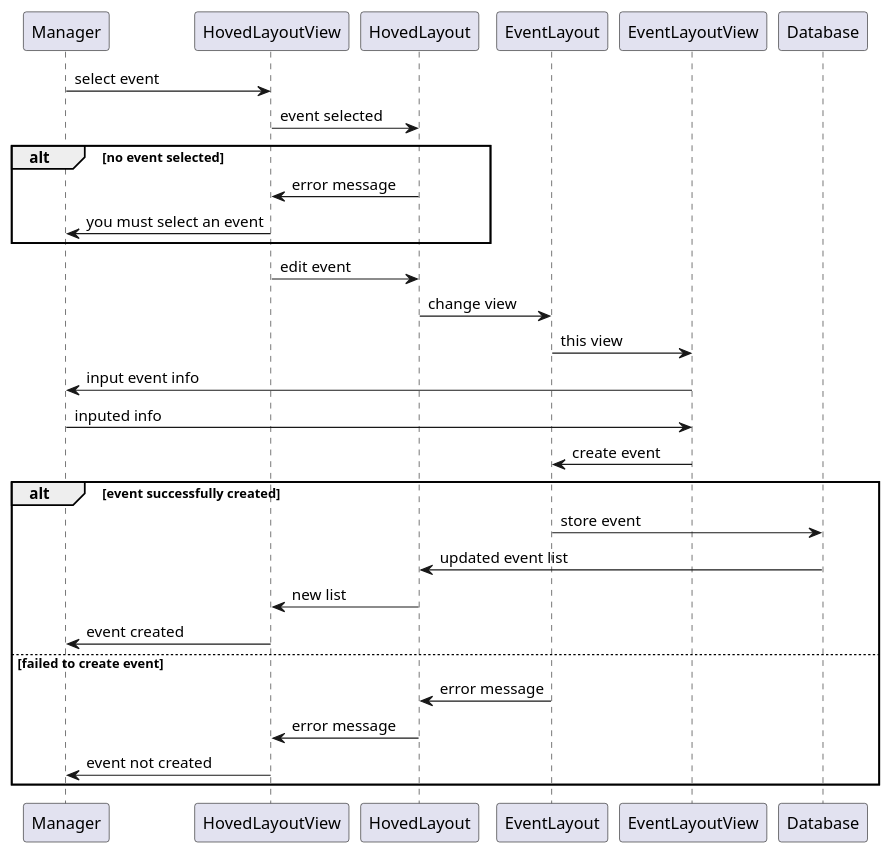
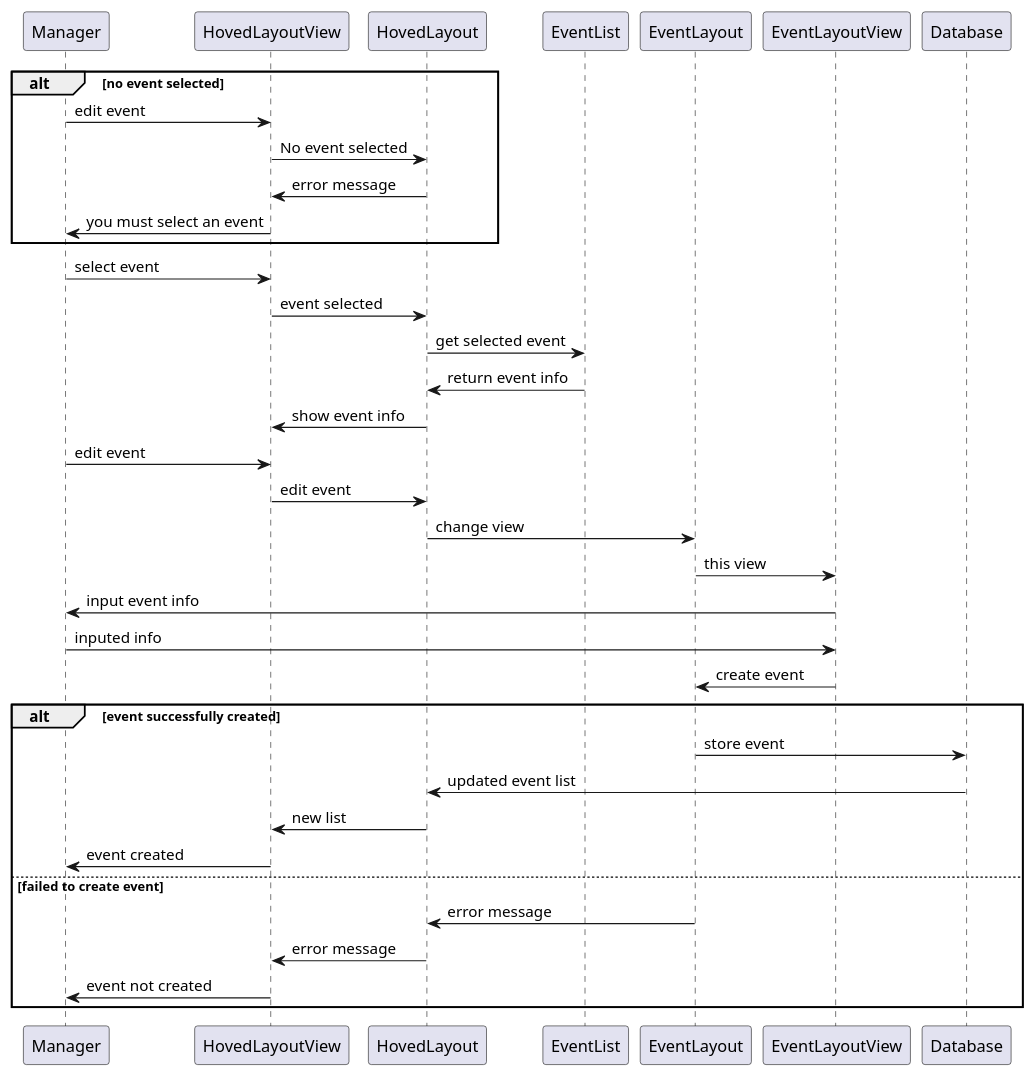
The diagram in src/no/ticket/Charts/Sequence/EditEventSequence.puml (simenvl/software-engineering_g12), drawn with PlantUML before and after one commit. The commit also changed 23 other files, not shown here.

Commit message:
More activitys, all sequence + alt versions

```diff
--- a/src/no/ticket/Charts/Sequence/EditEventSequence.puml
+++ b/src/no/ticket/Charts/Sequence/EditEventSequence.puml
@@ -1,25 +1,30 @@
 @startuml
-Manager -> HovedLayoutView: select event
-HovedLayoutView -> HovedLayout: event selected
-
 alt no event selected
+Manager -> HovedLayoutView: edit event
+HovedLayoutView -> HovedLayout: No event selected
 HovedLayout -> HovedLayoutView: error message
 HovedLayoutView -> Manager: you must select an event
 end
+Manager -> HovedLayoutView: select event
+HovedLayoutView -> HovedLayout: event selected
+HovedLayout -> EventList: get selected event
+EventList -> HovedLayout: return event info
+HovedLayout -> HovedLayoutView: show event info
+Manager -> HovedLayoutView: edit event
 HovedLayoutView -> HovedLayout: edit event
 HovedLayout -> EventLayout: change view
 EventLayout -> EventLayoutView: this view
 EventLayoutView -> Manager: input event info
 Manager -> EventLayoutView: inputed info
 EventLayoutView -> EventLayout: create event
 alt event successfully created
 EventLayout -> Database: store event
 Database -> HovedLayout: updated event list
 HovedLayout -> HovedLayoutView: new list
 HovedLayoutView -> Manager: event created
 else failed to create event
 EventLayout -> HovedLayout: error message
 HovedLayout -> HovedLayoutView: error message
 HovedLayoutView -> Manager: event not created
 end
 @enduml
```
